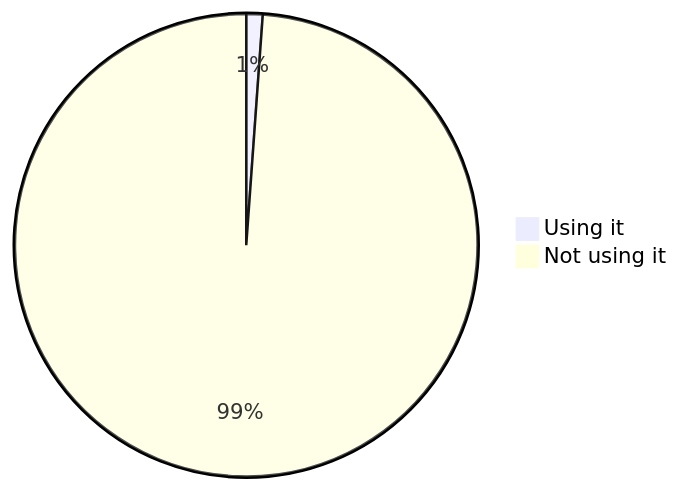
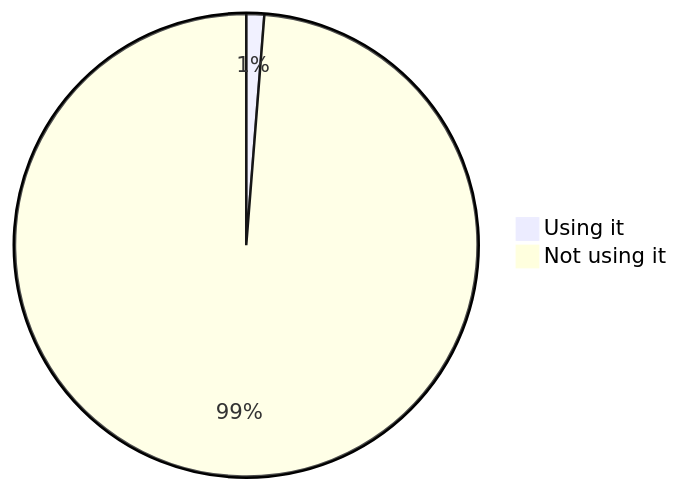
The fifth of 22 diagrams in stats.md (oshp/oshp-stats), drawn with Mermaid before and after one commit. The commit also changed other lines of this file, not shown here.

````diff
--- a/stats.md
+++ b/stats.md
@@ -58,6 +58,6 @@
 ```mermaid
 pie
-	"Using it" : 1.14
-	"Not using it" : 98.86
+	"Using it" : 1.25
+	"Not using it" : 98.75
 
 ```
````
